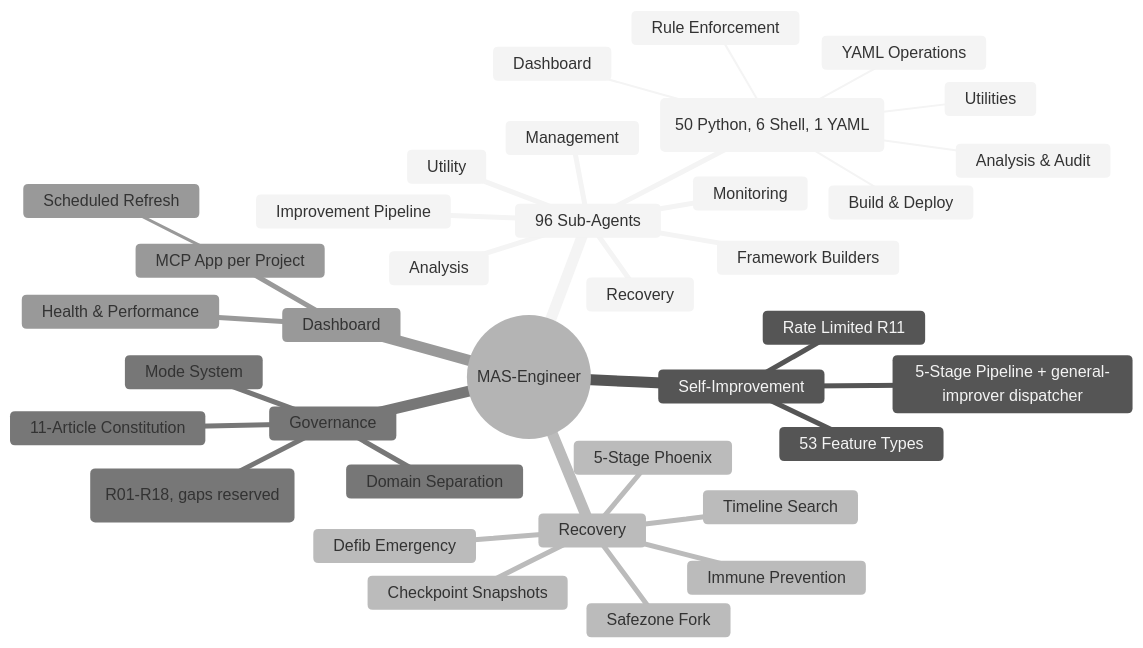
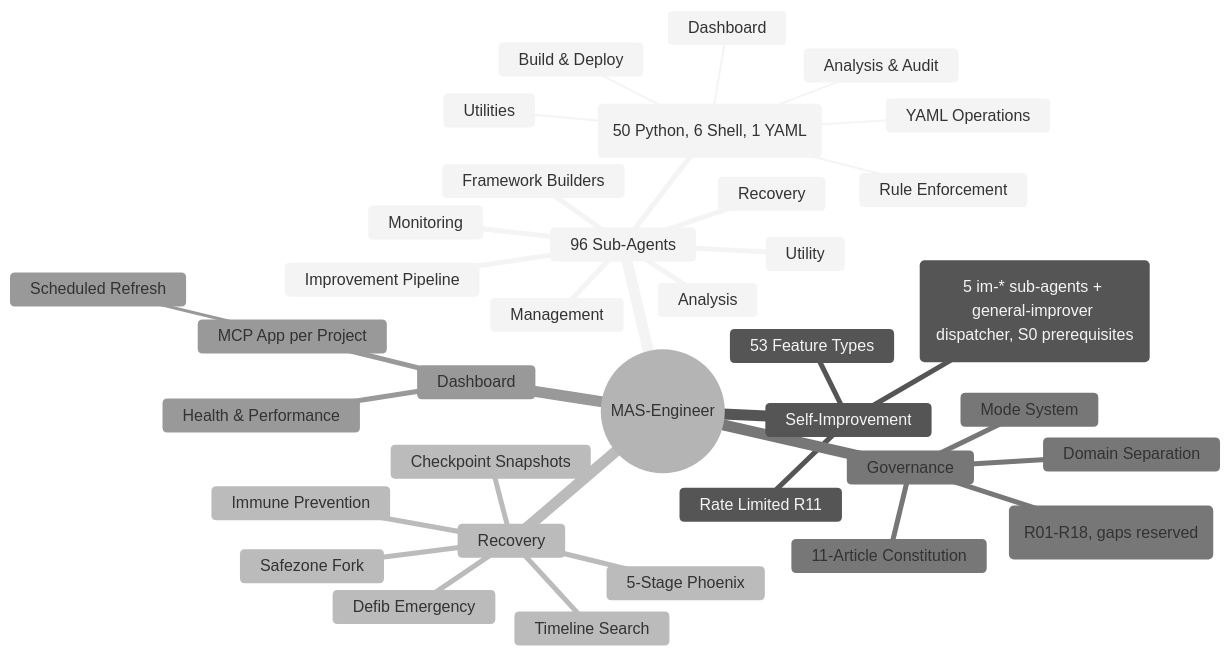
One commit to mczardybon/mas-engineer changed the sixth of 6 diagrams in README.md. Above: the diagram before and after it, drawn with Mermaid (neutral theme). The commit also changed other lines of this file and 9 other files, not shown here.

First line of the commit message:
📝 DOCS — Konsistenz-Fix: 8-Stage Pipeline + 96 Sub-Agents + 57 Tools

````diff
--- a/README.md
+++ b/README.md
@@ -483,39 +484,39 @@
 ```mermaid
 mindmap
   root((MAS-Engineer))
     96 Sub-Agents
       Framework Builders
       Improvement Pipeline
       Monitoring
       Recovery
       Analysis
       Utility
       Management
      57 total (50 Python, 6 Shell, 1 YAML)
       Rule Enforcement
       YAML Operations
       Build & Deploy
       Analysis & Audit
       Dashboard
       Utilities
     Self-Improvement
-      5-Stage Pipeline + general-improver dispatcher
+      8-Stage Pipeline (5 im-* sub-agents + general-improver dispatcher, S0 prerequisites)
       53 Feature Types
       Rate Limited R11
     Recovery
       5-Stage Phoenix
       Immune Prevention
       Checkpoint Snapshots
       Safezone Fork
       Timeline Search
       Defib Emergency
     Governance
       10 Hard Rules (R01-R18, gaps reserved)
       11-Article Constitution
       Mode System
       Domain Separation
     Dashboard
       MCP App per Project
        Scheduled Refresh
       Health & Performance
 ```
````
